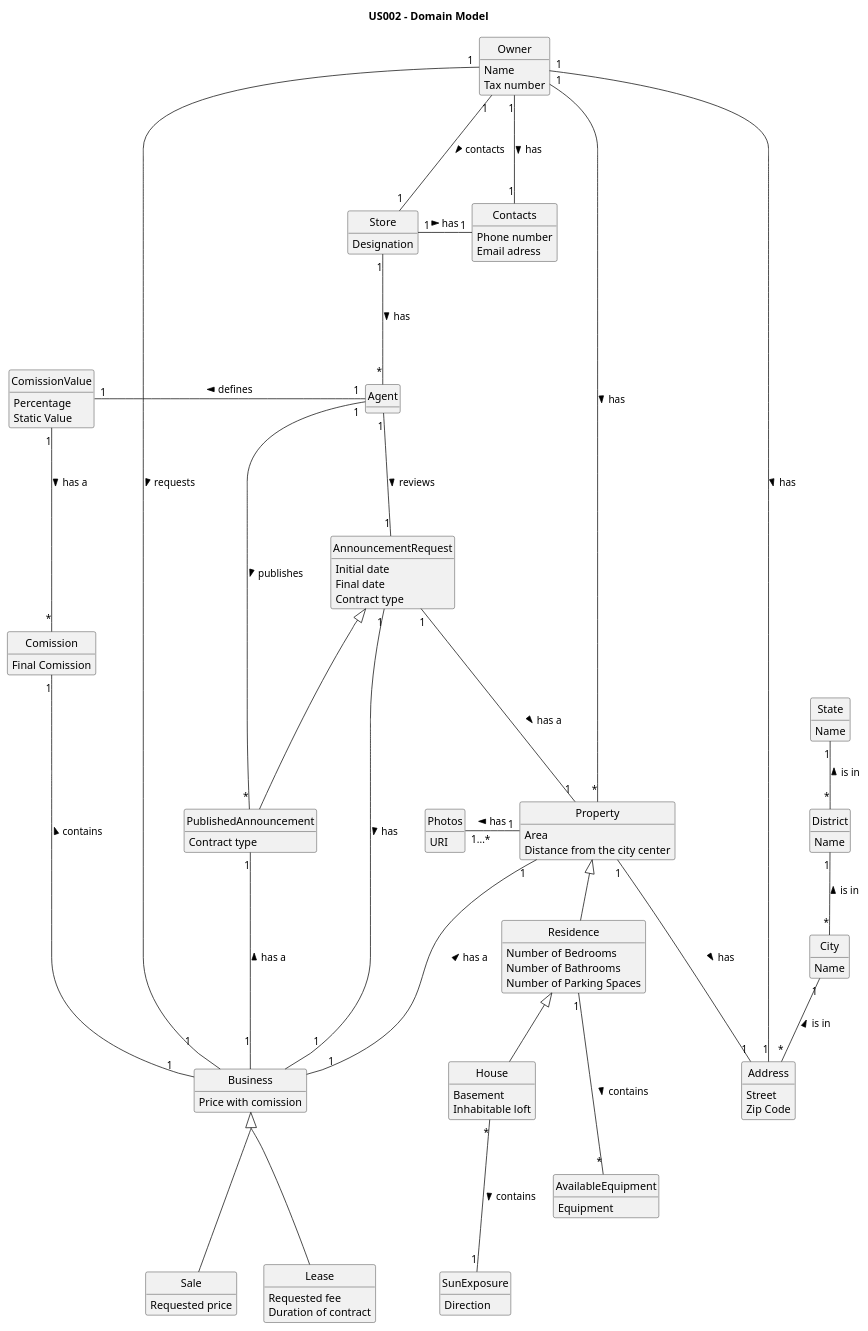
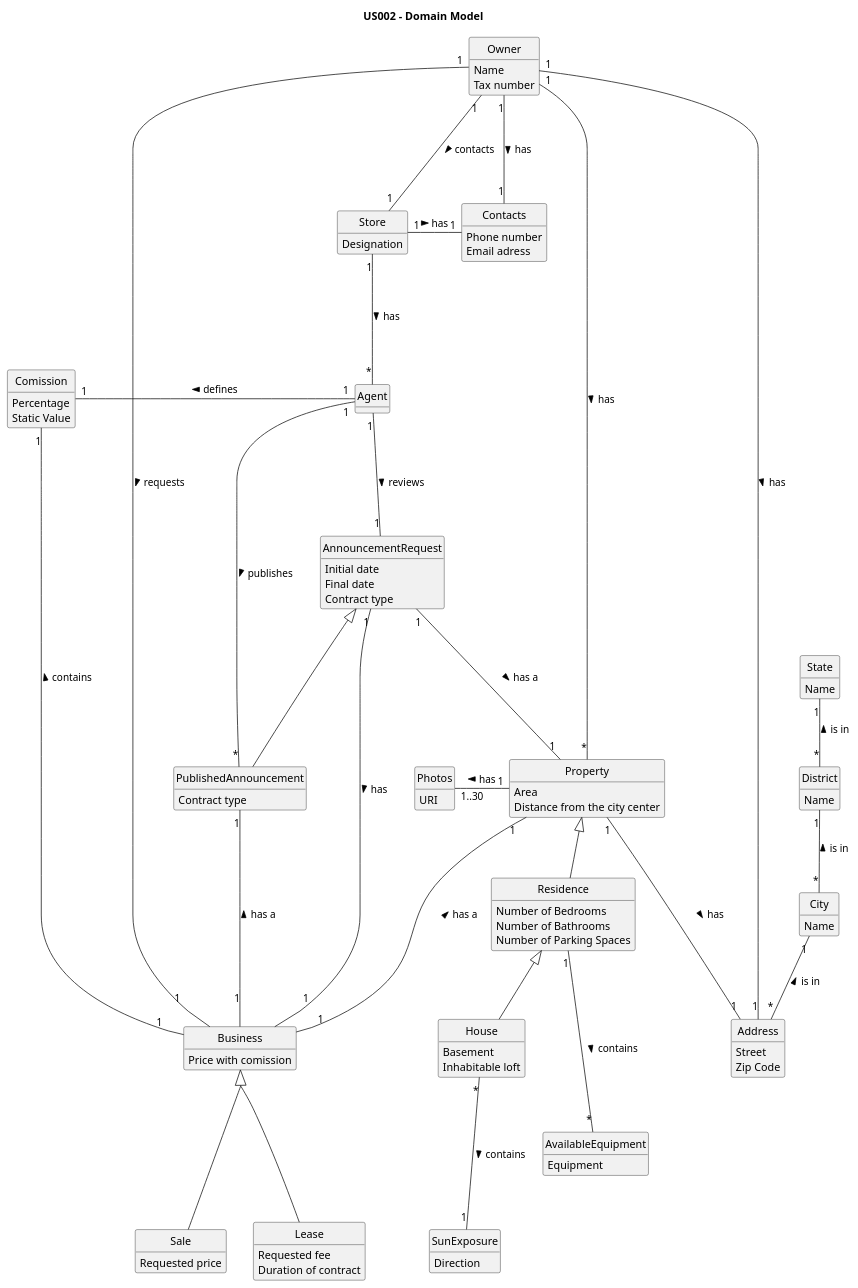
Before and after one commit to PureNimble/ISEP-LAPR2: the diagram in docs/sprintB/US02/02.analysis/puml/us02-domain-model.puml, drawn with PlantUML. The commit also changed 1 other file, not shown here.

Commit message:
Correction (comission)

```diff
--- a/docs/sprintB/US02/02.analysis/puml/us02-domain-model.puml
+++ b/docs/sprintB/US02/02.analysis/puml/us02-domain-model.puml
@@ -1,143 +1,138 @@
 @startuml
 
 skinparam groupInheritance 2
 skinparam monochrome true
 skinparam packageStyle rectangle
 skinparam shadowing false
 'skinparam linetype ortho
 'left to right direction
 skinparam classAttributeIconSize 0
 hide circle
 hide methods
 
 title US002 - Domain Model
 
 class Address{
 Street
 Zip Code
 }
 
 class City{
 Name
 }
 
 class District{
 Name
 }
 
 class State{
 Name
 }
 
 
 State "1"-- "*" District: is in <
 District "1"-- "*" City: is in <
 City "1"-- "*" Address: is in <
 
 
 class Contacts {
 Phone number
 Email adress
 }
 
 class Business {
 Price with comission
 }
 
 class Store {
 Designation
 }
 
 class Owner {
 Name
 Tax number
 }
 
 Owner "1" -down-- "1" Contacts: has >
 Store "1" -right-- "1" Contacts: has >
 Address "1" -left-- "1" Owner: has <
 Owner "1" -down-- "1" Store: contacts >
 Agent "*" -up-- "1" Store: has <
 
 
 class Residence {
 Number of Bedrooms
 Number of Bathrooms
 Number of Parking Spaces
  }
 
 class Property {
 Area
 Distance from the city center
 }
 
 class Photos{
 URI
 }
 
 class House {
 Basement
 Inhabitable loft
 }
 
 class SunExposure {
 Direction
 }
 
 class AvailableEquipment {
 Equipment
 }
 
 Residence <|-down- House
 Property <|-down- Residence
-Property "1" -left-- "1...*" Photos: has >
+Property "1" -left-- "1..30" Photos: has >
 SunExposure "1" -up-- "*" House: contains <
 Address "1" -up-- "1" Property: has <
 Owner "1" -down-- "*" Property: has >
 AvailableEquipment "*" -up-- "1" Residence: contains <
 
 
 
 class Comission{
-Final Comission
-}
-
-class ComissionValue {
 Percentage
 Static Value
 }
 
 class Sale{
 Requested price
 }
 
 class Lease {
 Requested fee
 Duration of contract
 }
 
 class AnnouncementRequest{
 Initial date
 Final date
 Contract type
 }
 
 class PublishedAnnouncement {
 Contract type
 }
 
-ComissionValue "1" -right-- "1" Agent: defines <
+Comission "1" -right-- "1" Agent: defines <
 Comission "1" --- "1" Business: contains <
-ComissionValue "1" --- "*" Comission : has a >
 Owner "1" --- "1" Business: requests >
 Property "1" --- "1" Business: has a <
 AnnouncementRequest "1" --- "1" Business: has >
 Agent "1" --- "1" AnnouncementRequest : reviews >
 AnnouncementRequest "1" --- "1" Property: has a >
 AnnouncementRequest  <|---  PublishedAnnouncement
 PublishedAnnouncement "*" --- "1" Agent: publishes <
 PublishedAnnouncement "1" --- "1" Business: has a <
 Business <|--- Lease
 Business <|--- Sale
 
 @enduml
```
